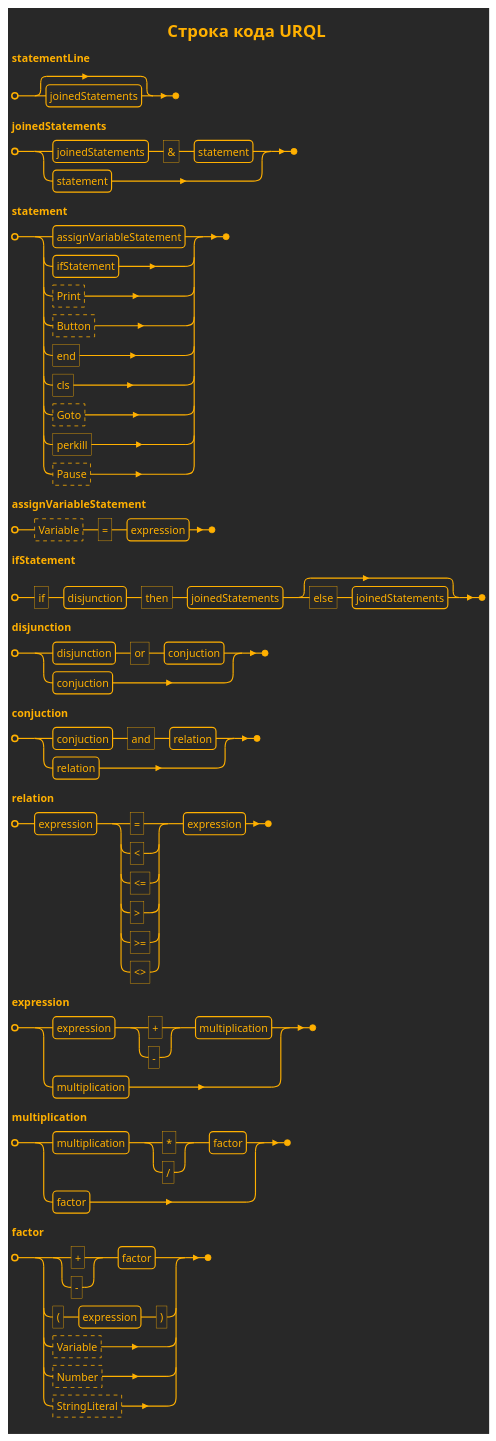
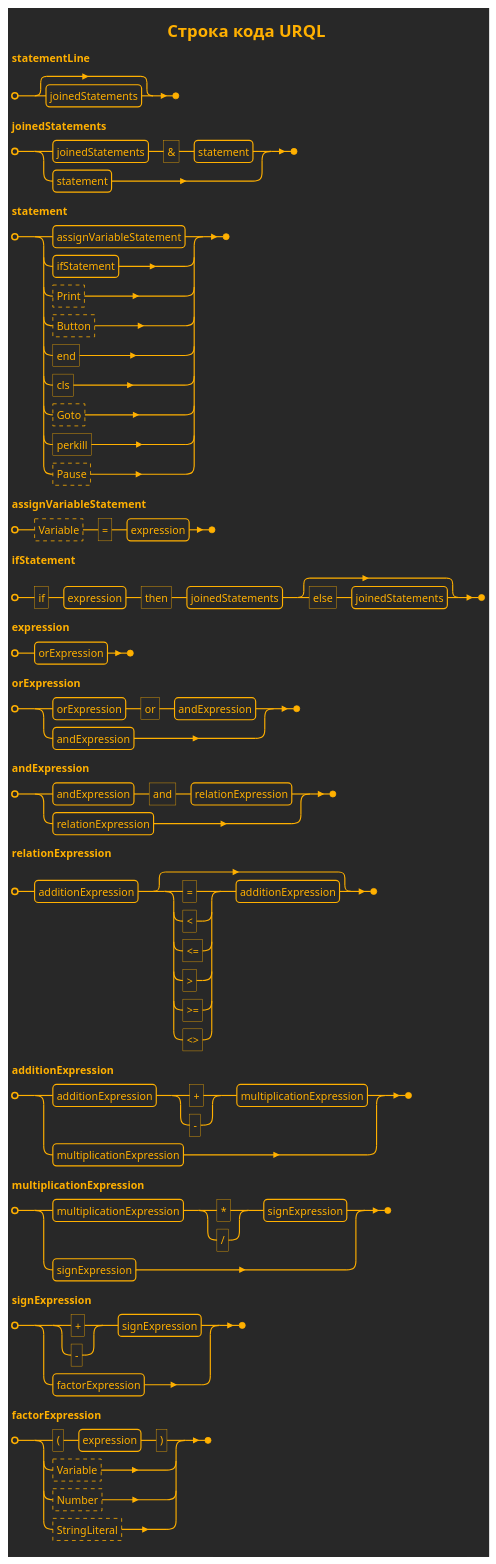
Before and after one commit to realsonic/MURQ: the first of 13 diagrams in Domain/MURQ.Domain/URQL/docs/URQL Lines Syntax.md, drawn with PlantUML. The commit also changed other lines of this file and 9 other files, not shown here.

````diff
--- a/Domain/MURQ.Domain/URQL/docs/URQL Lines Syntax.md
+++ b/Domain/MURQ.Domain/URQL/docs/URQL Lines Syntax.md
@@ -2,54 +2,59 @@
 ```plantuml
 @startebnf URQL Line
 !theme crt-amber
 ' skinparam monochrome reverse
 
 title Строка кода URQL
 
 statementLine = [ joinedStatements ];
 
 joinedStatements = 
       joinedStatements, '&', statement
     | statement;
 
 statement =
     assignVariableStatement
   | ifStatement
   | ?Print?
   | ?Button?
   | 'end'
   | 'cls'
   | ?Goto?
   | 'perkill'
   | ?Pause?;
 
 assignVariableStatement = ?Variable?,  '=', expression;
 
-ifStatement = 'if', disjunction, 'then', joinedStatements, [ 'else', joinedStatements ];
+ifStatement = 'if', expression, 'then', joinedStatements, [ 'else', joinedStatements ];
 
-disjunction =
-    disjunction, 'or', conjuction
-  | conjuction;
+expression = orExpression;
 
-conjuction =
-    conjuction, 'and', relation
-  | relation;
+orExpression =
+    orExpression, 'or', andExpression
+  | andExpression;
 
-relation = expression, ('=' | '<' | '<=' | '>' | '>=' | '<>'), expression;
+andExpression =
+    andExpression, 'and', relationExpression
+  | relationExpression;
 
-expression =
-    expression, ('+' | '-'), multiplication
-  | multiplication;
+relationExpression = additionExpression, [ ( '=' | '<' | '<=' | '>' | '>=' | '<>' ), additionExpression ];
 
-multiplication =
-    multiplication, ('*' | "/"), factor
-  | factor;
+additionExpression =
+    additionExpression, ( '+' | '-' ), multiplicationExpression
+  | multiplicationExpression;
 
-factor =
-    ('+' | '-'), factor
-  | '(', expression, ')'
+multiplicationExpression =
+    multiplicationExpression, ( '*' | "/" ), signExpression
+  | signExpression;
+
+signExpression =
+    ( '+' | '-' ), signExpression
+  | factorExpression;
+
+factorExpression =
+    ( '(', expression, ')' )
   | ?Variable?
   | ?Number?
   | ?StringLiteral?;
 @endebnf
 ```
````
